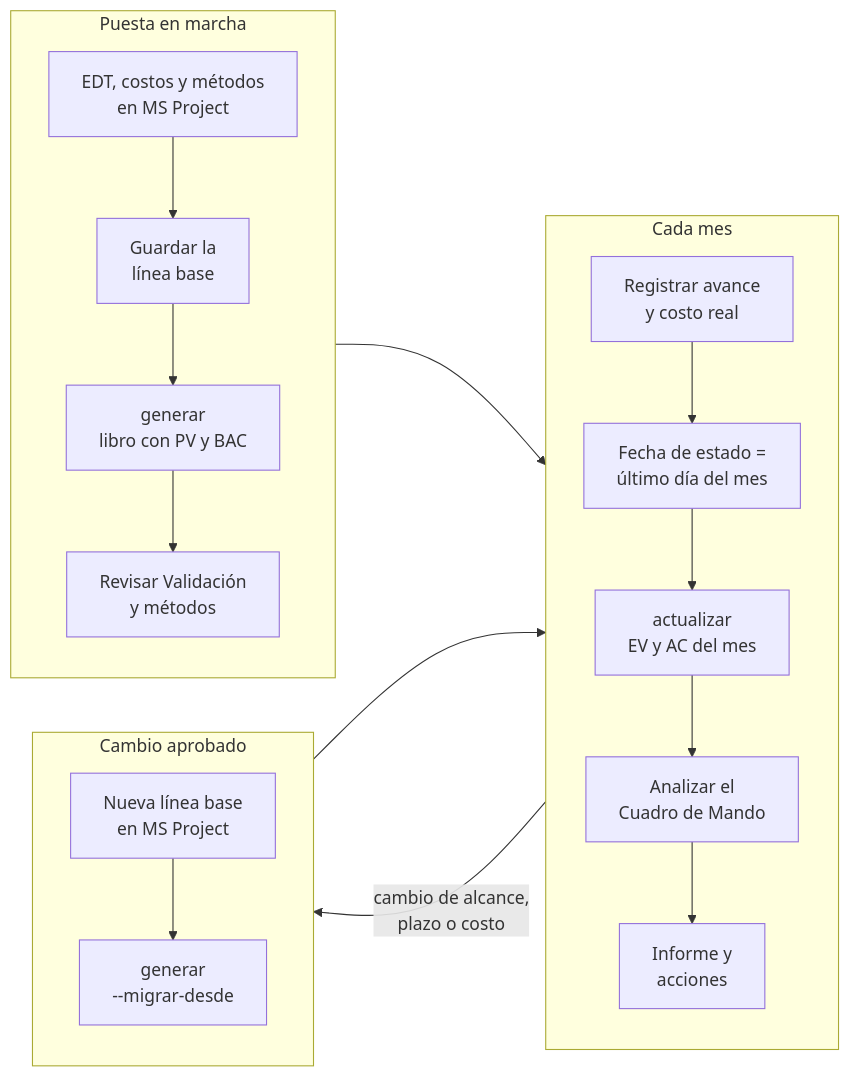
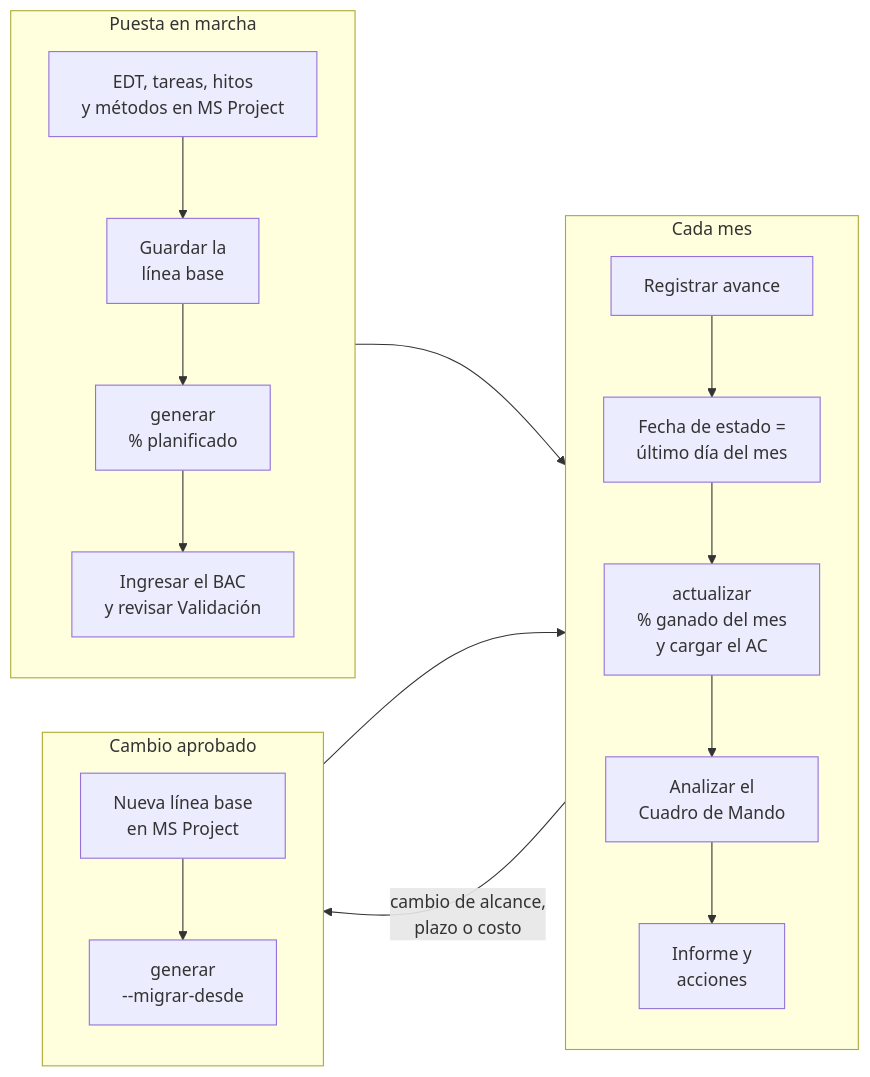
Before and after one commit to MarceloSalazar/evm-automation: the first of 4 diagrams in docs/proceso-reporte-evm.md, drawn with Mermaid. The commit also changed other lines of this file and 101 other files, not shown here.

First line of the commit message:
Versión 2.0.0: PV y EV con el BAC del libro (cronograma sin importes) (#16)

````diff
--- a/docs/proceso-reporte-evm.md
+++ b/docs/proceso-reporte-evm.md
@@ -26,23 +26,23 @@
 ```mermaid
 flowchart LR
     subgraph INI["Puesta en marcha"]
         direction TB
-        A1["EDT, costos y métodos<br/>en MS Project"] --> A2["Guardar la<br/>línea base"]
-        A2 --> A3["generar<br/>libro con PV y BAC"]
-        A3 --> A4["Revisar Validación<br/>y métodos"]
+        A1["EDT, tareas, hitos<br/>y métodos en MS Project"] --> A2["Guardar la<br/>línea base"]
+        A2 --> A3["generar<br/>% planificado"]
+        A3 --> A4["Ingresar el BAC<br/>y revisar Validación"]
     end
     subgraph MES["Cada mes"]
         direction TB
-        B1["Registrar avance<br/>y costo real"] --> B2["Fecha de estado =<br/>último día del mes"]
-        B2 --> B3["actualizar<br/>EV y AC del mes"]
+        B1["Registrar avance"] --> B2["Fecha de estado =<br/>último día del mes"]
+        B2 --> B3["actualizar<br/>% ganado del mes<br/>y cargar el AC"]
         B3 --> B4["Analizar el<br/>Cuadro de Mando"]
         B4 --> B5["Informe y<br/>acciones"]
     end
     subgraph CAMBIO["Cambio aprobado"]
         direction TB
         C1["Nueva línea base<br/>en MS Project"] --> C2["generar<br/>--migrar-desde"]
     end
     INI --> MES
     MES -- "cambio de alcance,<br/>plazo o costo" --> CAMBIO
     CAMBIO --> MES
 ```
````
